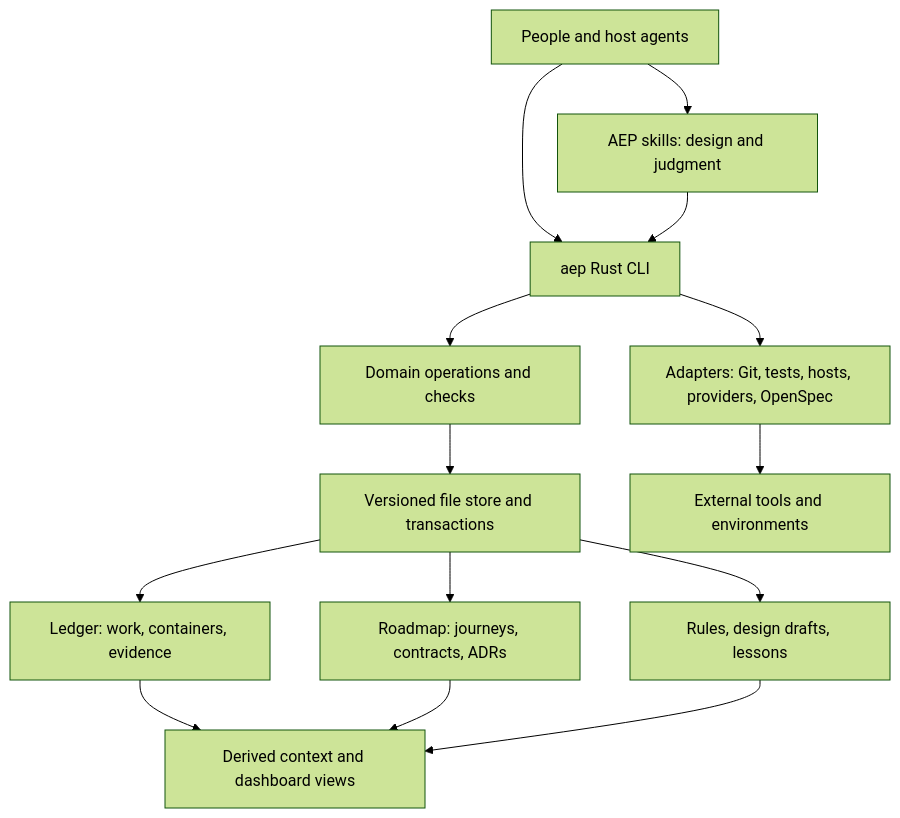
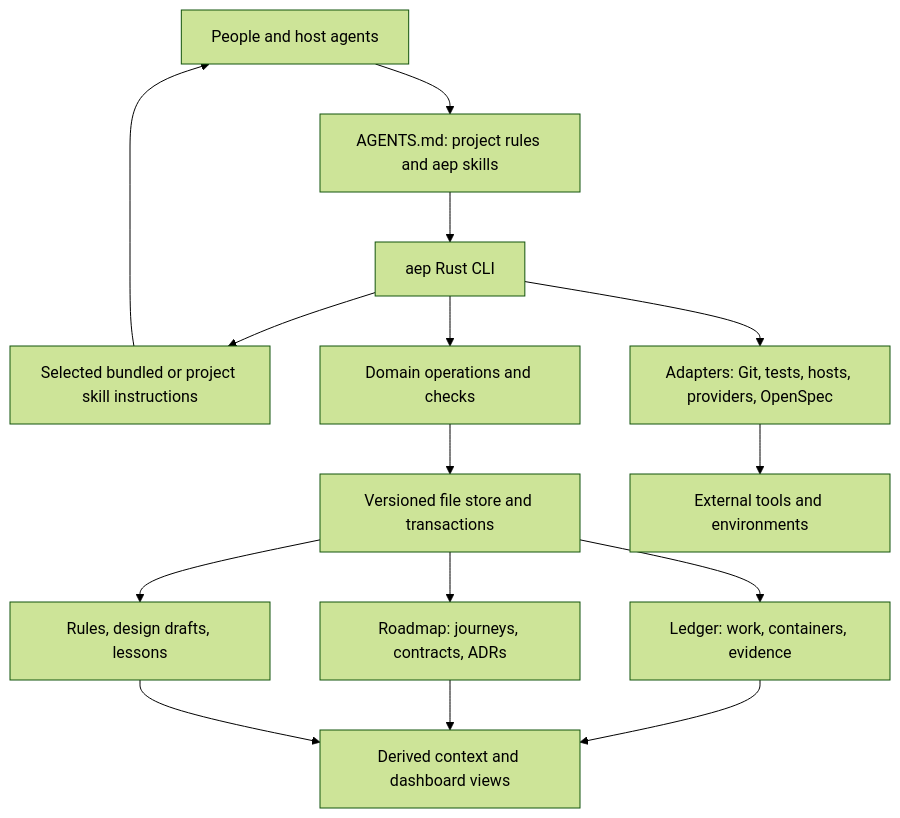
Before and after one commit to memorysaver/agentic-engineering-patterns: the diagram in docs/decisions/aep-v5-rust-cli-architecture.md, drawn with Mermaid (forest theme). The commit also changed other lines of this file and 2 other files, not shown here.

Commit message:
docs: simplify AEP bootstrap and Git-based migration

````diff
--- a/docs/decisions/aep-v5-rust-cli-architecture.md
+++ b/docs/decisions/aep-v5-rust-cli-architecture.md
@@ -32,16 +32,17 @@
 ```mermaid
 flowchart TB
-    U[People and host agents] --> S[AEP skills: design and judgment]
-    U --> C[aep Rust CLI]
-    S --> C
+    U[People and host agents] --> G[AGENTS.md: project rules and aep skills]
+    G --> C[aep Rust CLI]
+    C --> S[Selected bundled or project skill instructions]
+    S --> U
     C --> D[Domain operations and checks]
     D --> T[Versioned file store and transactions]
     T --> L[Ledger: work, containers, evidence]
     T --> R[Roadmap: journeys, contracts, ADRs]
     T --> M[Rules, design drafts, lessons]
     C --> A[Adapters: Git, tests, hosts, providers, OpenSpec]
     A --> H[External tools and environments]
     L --> Q[Derived context and dashboard views]
     R --> Q
     M --> Q
 ```
````
